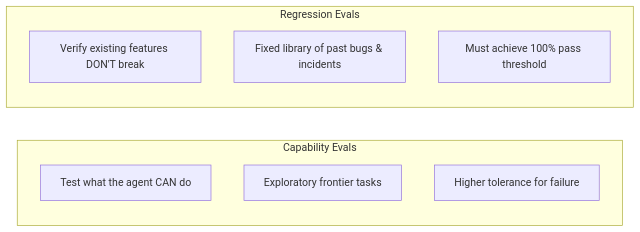
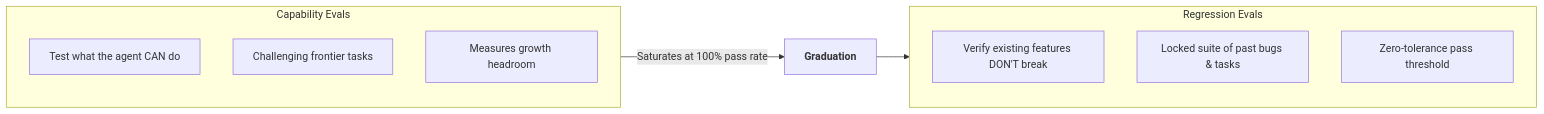
The third of 3 diagrams in docs/en/evaluation/what-is-an-eval.md (marcosdh1987/harness-engineering-guide), drawn with Mermaid before and after one commit. The commit also changed other lines of this file and 120 other files, not shown here.

````diff
--- a/docs/en/evaluation/what-is-an-eval.md
+++ b/docs/en/evaluation/what-is-an-eval.md
@@ -99,14 +99,17 @@
 ```mermaid
 flowchart LR
     subgraph CAP["Capability Evals"]
         C1["Test what the agent CAN do"]
-        C2["Exploratory frontier tasks"]
-        C3["Higher tolerance for failure"]
+        C2["Challenging frontier tasks"]
+        C3["Measures growth headroom"]
     end
 
     subgraph REG["Regression Evals"]
         R1["Verify existing features DON'T break"]
-        R2["Fixed library of past bugs & incidents"]
-        R3["Must achieve 100% pass threshold"]
+        R2["Locked suite of past bugs & tasks"]
+        R3["Zero-tolerance pass threshold"]
     end
+
+    CAP -->|"Saturates at 100% pass rate"| GRAD["<b>Graduation</b>"]
+    GRAD --> REG
 ```
````
